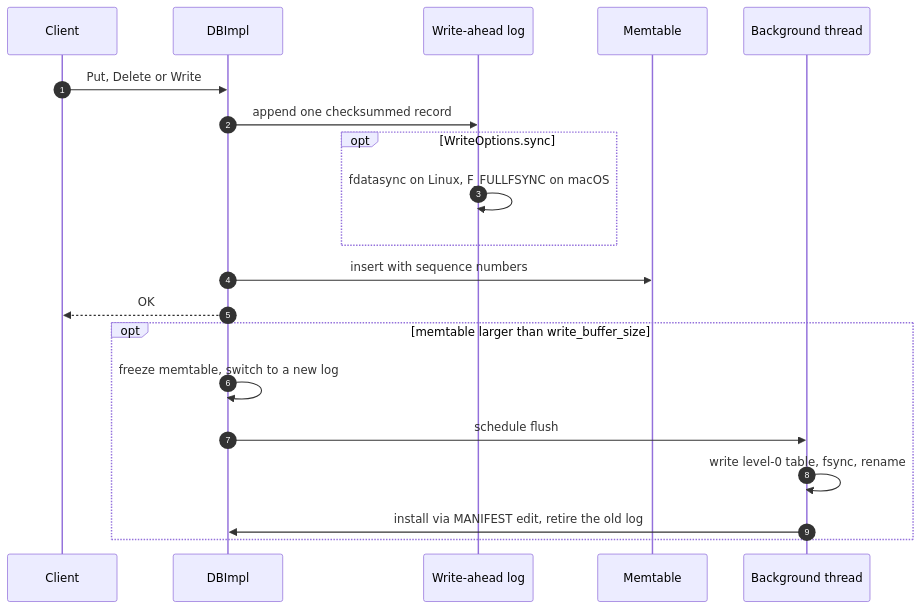
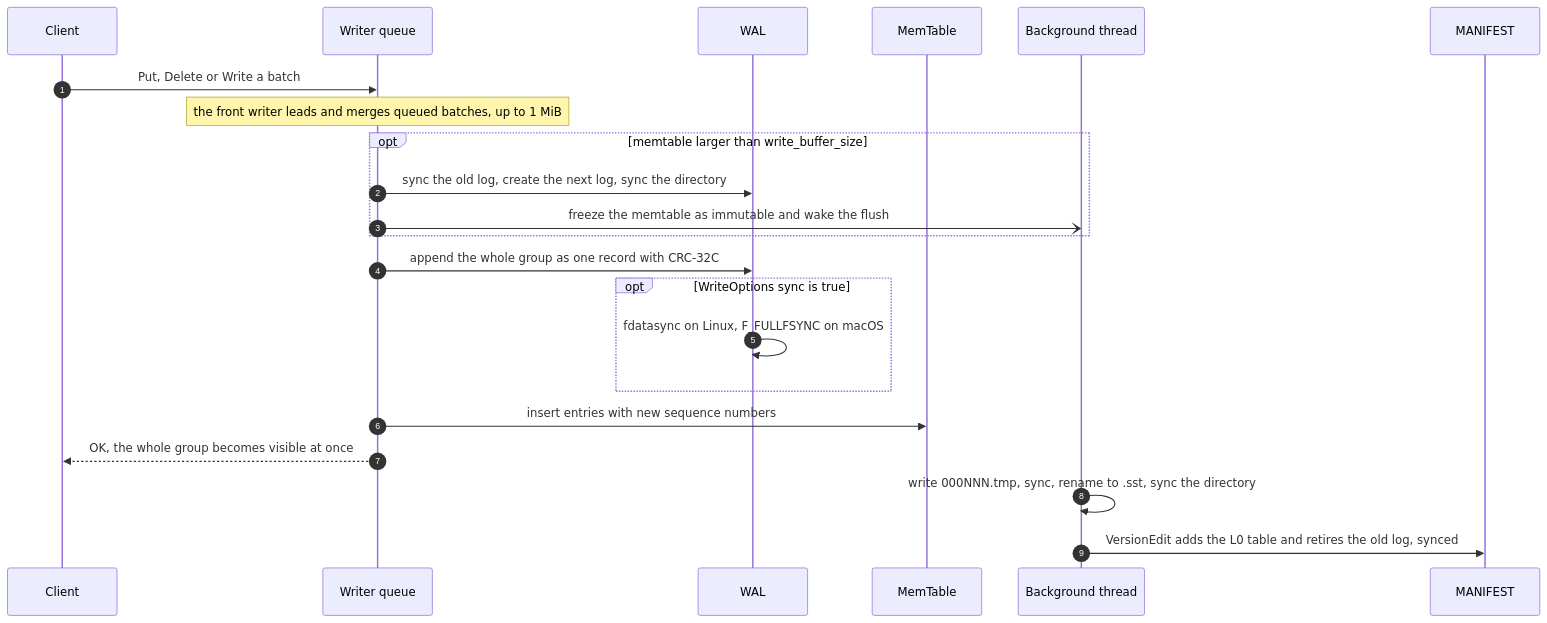
The second of 4 diagrams in README.md (Jenil133/Kvlog), drawn with Mermaid before and after one commit. The commit also changed other lines of this file and 12 other files, not shown here.

````diff
--- a/README.md
+++ b/README.md
@@ -101,22 +129,24 @@
 ```mermaid
 sequenceDiagram
     autonumber
     participant C as Client
-    participant D as DBImpl
-    participant L as Write-ahead log
-    participant M as Memtable
+    participant Q as Writer queue
+    participant W as WAL
+    participant M as MemTable
     participant B as Background thread
-    C->>D: Put, Delete or Write
-    D->>L: append one checksummed record
-    opt WriteOptions.sync
-        L->>L: fdatasync on Linux, F_FULLFSYNC on macOS
+    participant F as MANIFEST
+    C->>Q: Put, Delete or Write a batch
+    Note over Q: the front writer leads and merges queued batches, up to 1 MiB
+    opt memtable larger than write_buffer_size
+        Q->>W: sync the old log, create the next log, sync the directory
+        Q-)B: freeze the memtable as immutable and wake the flush
     end
-    D->>M: insert with sequence numbers
-    D-->>C: OK
-    opt memtable larger than write_buffer_size
-        D->>D: freeze memtable, switch to a new log
-        D->>B: schedule flush
-        B->>B: write level-0 table, fsync, rename
-        B->>D: install via MANIFEST edit, retire the old log
+    Q->>W: append the whole group as one record with CRC-32C
+    opt WriteOptions sync is true
+        W->>W: fdatasync on Linux, F_FULLFSYNC on macOS
     end
+    Q->>M: insert entries with new sequence numbers
+    Q-->>C: OK, the whole group becomes visible at once
+    B->>B: write 000NNN.tmp, sync, rename to .sst, sync the directory
+    B->>F: VersionEdit adds the L0 table and retires the old log, synced
 ```
````
